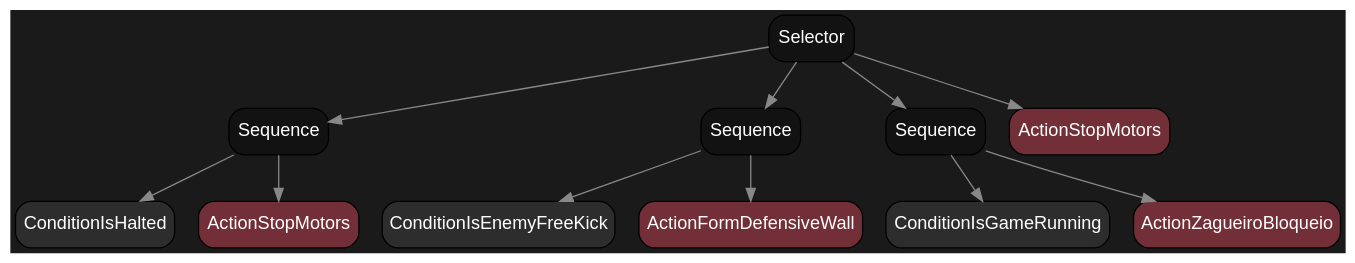
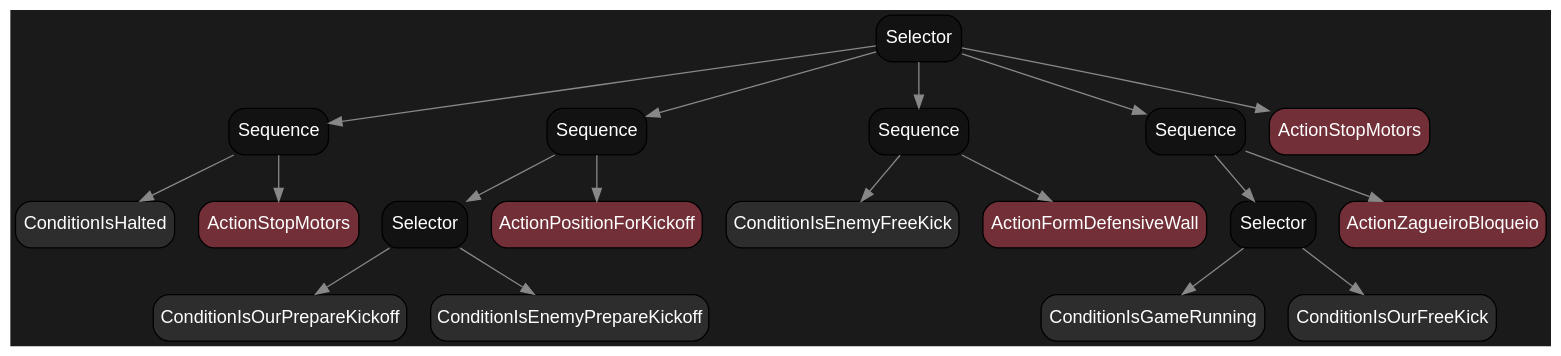
One commit to Danielgmichels/labind-ssl-ai changed the diagram in diagramas/mapa_arvore_zaga_bloqueio.dot. Above: the diagram before and after it, drawn with Graphviz. The commit also changed 13 other files, not shown here.

```diff
--- a/diagramas/mapa_arvore_zaga_bloqueio.dot
+++ b/diagramas/mapa_arvore_zaga_bloqueio.dot
@@ -1,25 +1,39 @@
 digraph BehaviorTree {
     bgcolor="#1a1a1a";
     node [shape=box, style="filled,rounded", fontname="Arial", color="#000000", penwidth=1];
-    "140264501898992" [label="Selector", fillcolor="#121212", fontcolor="white"];
-    "140264501898992" -> "140264501898416" [color="#888888"];
-    "140264501898416" [label="Sequence", fillcolor="#121212", fontcolor="white"];
-    "140264501898416" -> "140264501898320" [color="#888888"];
-    "140264501898320" [label="ConditionIsHalted", fillcolor="#2d2d2d", fontcolor="white"];
-    "140264501898416" -> "140264501898368" [color="#888888"];
-    "140264501898368" [label="ActionStopMotors", fillcolor="#722F37", fontcolor="white"];
-    "140264501898992" -> "140264501898656" [color="#888888"];
-    "140264501898656" [label="Sequence", fillcolor="#121212", fontcolor="white"];
-    "140264501898656" -> "140264501898512" [color="#888888"];
-    "140264501898512" [label="ConditionIsEnemyFreeKick", fillcolor="#2d2d2d", fontcolor="white"];
-    "140264501898656" -> "140264501898560" [color="#888888"];
-    "140264501898560" [label="ActionFormDefensiveWall", fillcolor="#722F37", fontcolor="white"];
-    "140264501898992" -> "140264501898848" [color="#888888"];
-    "140264501898848" [label="Sequence", fillcolor="#121212", fontcolor="white"];
-    "140264501898848" -> "140264501898752" [color="#888888"];
-    "140264501898752" [label="ConditionIsGameRunning", fillcolor="#2d2d2d", fontcolor="white"];
-    "140264501898848" -> "140264501898800" [color="#888888"];
-    "140264501898800" [label="ActionZagueiroBloqueio", fillcolor="#722F37", fontcolor="white"];
-    "140264501898992" -> "140264501898944" [color="#888888"];
-    "140264501898944" [label="ActionStopMotors", fillcolor="#722F37", fontcolor="white"];
+    "140711293946416" [label="Selector", fillcolor="#121212", fontcolor="white"];
+    "140711293946416" -> "140711293945648" [color="#888888"];
+    "140711293945648" [label="Sequence", fillcolor="#121212", fontcolor="white"];
+    "140711293945648" -> "140711293945552" [color="#888888"];
+    "140711293945552" [label="ConditionIsHalted", fillcolor="#2d2d2d", fontcolor="white"];
+    "140711293945648" -> "140711293945600" [color="#888888"];
+    "140711293945600" [label="ActionStopMotors", fillcolor="#722F37", fontcolor="white"];
+    "140711293946416" -> "140711293945840" [color="#888888"];
+    "140711293945840" [label="Sequence", fillcolor="#121212", fontcolor="white"];
+    "140711293945840" -> "140711303991776" [color="#888888"];
+    "140711303991776" [label="Selector", fillcolor="#121212", fontcolor="white"];
+    "140711303991776" -> "140711303991824" [color="#888888"];
+    "140711303991824" [label="ConditionIsOurPrepareKickoff", fillcolor="#2d2d2d", fontcolor="white"];
+    "140711303991776" -> "140711303991872" [color="#888888"];
+    "140711303991872" [label="ConditionIsEnemyPrepareKickoff", fillcolor="#2d2d2d", fontcolor="white"];
+    "140711293945840" -> "140711293945744" [color="#888888"];
+    "140711293945744" [label="ActionPositionForKickoff", fillcolor="#722F37", fontcolor="white"];
+    "140711293946416" -> "140711293946080" [color="#888888"];
+    "140711293946080" [label="Sequence", fillcolor="#121212", fontcolor="white"];
+    "140711293946080" -> "140711293945936" [color="#888888"];
+    "140711293945936" [label="ConditionIsEnemyFreeKick", fillcolor="#2d2d2d", fontcolor="white"];
+    "140711293946080" -> "140711293945984" [color="#888888"];
+    "140711293945984" [label="ActionFormDefensiveWall", fillcolor="#722F37", fontcolor="white"];
+    "140711293946416" -> "140711293946224" [color="#888888"];
+    "140711293946224" [label="Sequence", fillcolor="#121212", fontcolor="white"];
+    "140711293946224" -> "140711293945456" [color="#888888"];
+    "140711293945456" [label="Selector", fillcolor="#121212", fontcolor="white"];
+    "140711293945456" -> "140711293945360" [color="#888888"];
+    "140711293945360" [label="ConditionIsGameRunning", fillcolor="#2d2d2d", fontcolor="white"];
+    "140711293945456" -> "140711293945408" [color="#888888"];
+    "140711293945408" [label="ConditionIsOurFreeKick", fillcolor="#2d2d2d", fontcolor="white"];
+    "140711293946224" -> "140711293946176" [color="#888888"];
+    "140711293946176" [label="ActionZagueiroBloqueio", fillcolor="#722F37", fontcolor="white"];
+    "140711293946416" -> "140711293946320" [color="#888888"];
+    "140711293946320" [label="ActionStopMotors", fillcolor="#722F37", fontcolor="white"];
 }
```
